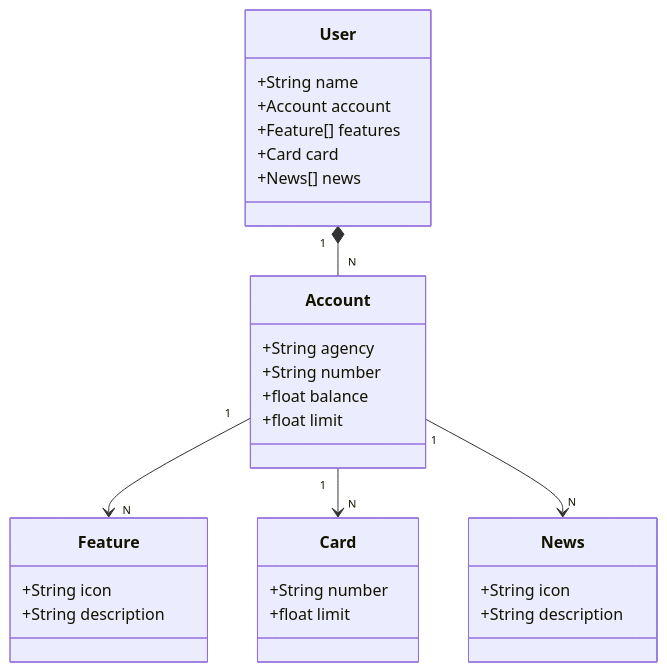
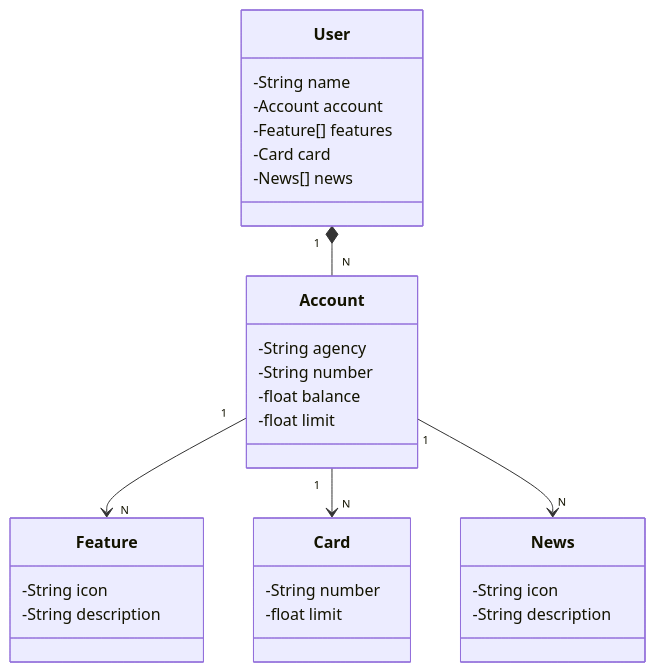
One commit to GuihCastro/lab-apirest-spring changed the diagram in README.md. Above: the diagram before and after it, drawn with Mermaid.

````diff
--- a/README.md
+++ b/README.md
@@ -4,37 +4,37 @@
 ```mermaid
 classDiagram
     class User {
-        +String name
-        +Account account
-        +Feature[] features
-        +Card card
-        +News[] news
+        -String name
+        -Account account
+        -Feature[] features
+        -Card card
+        -News[] news
     }
 
     class Account {
-        +String agency
-        +String number
-        +float balance
-        +float limit
+        -String agency
+        -String number
+        -float balance
+        -float limit
     }
 
     class Feature {
-        +String icon
-        +String description
+        -String icon
+        -String description
     }
 
     class Card {
-        +String number
-        +float limit
+        -String number
+        -float limit
     }
 
     class News {
-        +String icon
-        +String description
+        -String icon
+        -String description
     }
 
     User "1" *-- "N" Account
     Account "1" --> "N" Feature
     Account "1" --> "N" Card
     Account "1" --> "N" News
 ```
````
